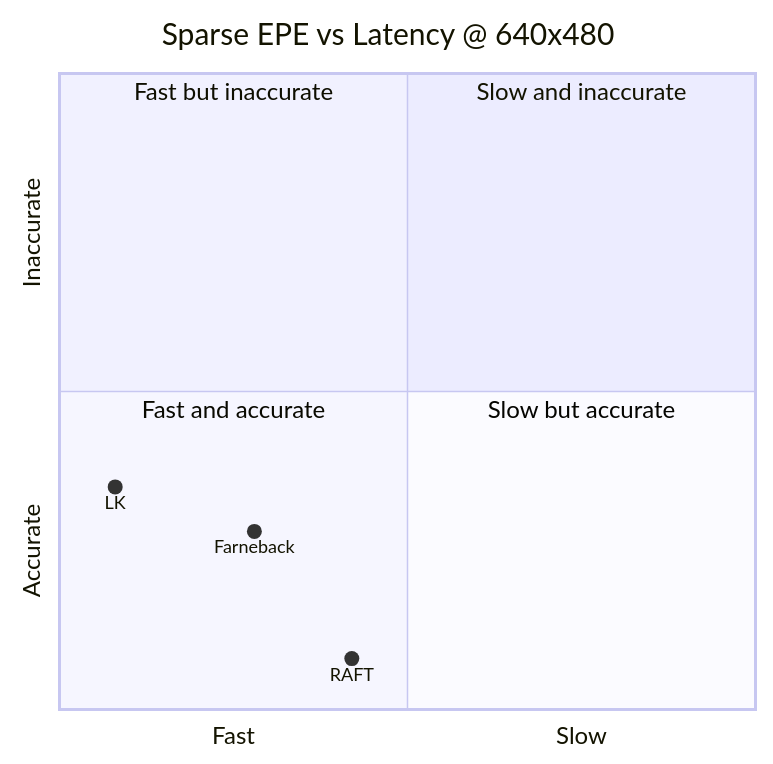
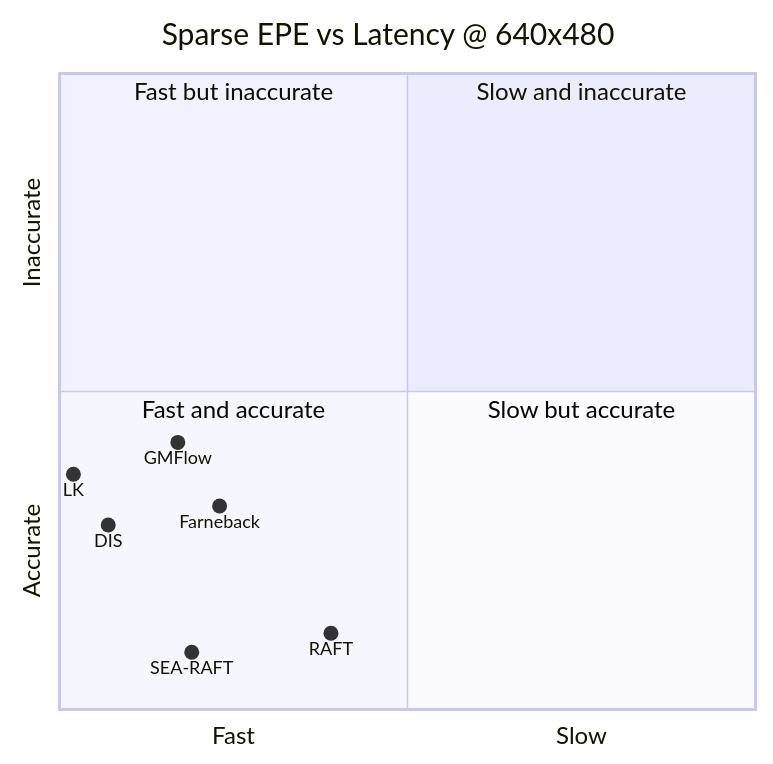
One commit to funcid/mipt-masters-coursework changed the third of 3 diagrams in research/basalt-optical-flow-nn/README.md. Above: the diagram before and after it, drawn with Mermaid. The commit also changed other lines of this file and 16 other files, not shown here.

````diff
--- a/research/basalt-optical-flow-nn/README.md
+++ b/research/basalt-optical-flow-nn/README.md
@@ -128,13 +132,16 @@
 ```mermaid
 quadrantChart
     title Sparse EPE vs Latency @ 640x480
     x-axis Fast --> Slow
     y-axis Accurate --> Inaccurate
     quadrant-1 Slow and inaccurate
     quadrant-2 Fast but inaccurate
     quadrant-3 Fast and accurate
     quadrant-4 Slow but accurate
-    LK: [0.08, 0.35]
-    Farneback: [0.28, 0.28]
-    RAFT: [0.42, 0.08]
+    LK: [0.02, 0.37]
+    DIS: [0.07, 0.29]
+    GMFlow: [0.17, 0.42]
+    SEA-RAFT: [0.19, 0.09]
+    Farneback: [0.23, 0.32]
+    RAFT: [0.39, 0.12]
 ```
````
